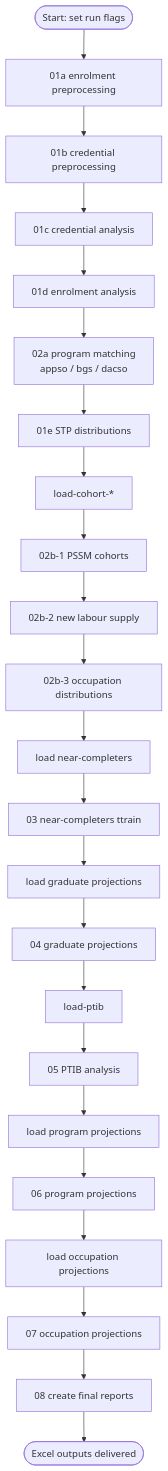
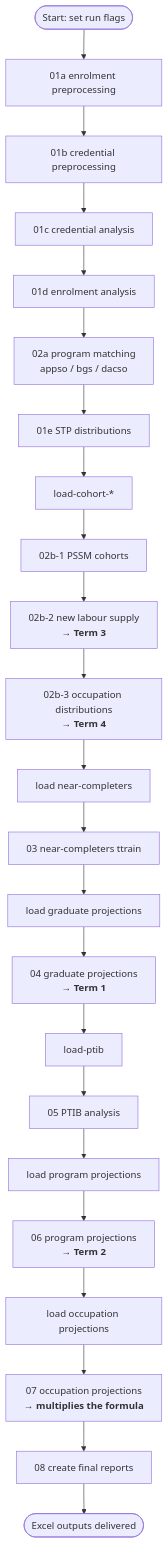
One commit to bcgov/post-secondary-supply-model changed the second of 5 diagrams in docs/project-summary-for-new-analyst.md. Above: the diagram before and after it, drawn with Mermaid. The commit also changed other lines of this file and 1 other file, not shown here.

Commit message:
docs: add new-analyst summary structured around the key OCCSN formula

````diff
--- a/docs/project-summary-for-new-analyst.md
+++ b/docs/project-summary-for-new-analyst.md
@@ -119,32 +135,32 @@
 ```mermaid
 flowchart TD
     Start([Start: set run flags]) --> S01a[01a enrolment preprocessing]
     S01a --> S01b[01b credential preprocessing]
     S01b --> S01c[01c credential analysis]
     S01c --> S01d[01d enrolment analysis]
 
     S01d --> S02a[02a program matching<br/>appso / bgs / dacso]
     S02a --> S01e[01e STP distributions]
     S01e --> L02b[load-cohort-*]
 
     L02b --> S02b1[02b-1 PSSM cohorts]
-    S02b1 --> S02b2[02b-2 new labour supply]
-    S02b2 --> S02b3[02b-3 occupation distributions]
+    S02b1 --> S02b2[02b-2 new labour supply<br/>→ <b>Term 3</b>]
+    S02b2 --> S02b3[02b-3 occupation distributions<br/>→ <b>Term 4</b>]
 
     S02b3 --> LNC[load near-completers]
     LNC --> S03[03 near-completers ttrain]
 
     S03 --> LGP[load graduate projections]
-    LGP --> S04[04 graduate projections]
+    LGP --> S04[04 graduate projections<br/>→ <b>Term 1</b>]
 
     S04 --> LPT[load-ptib]
     LPT --> S05[05 PTIB analysis]
 
     S05 --> LPP[load program projections]
-    LPP --> S06[06 program projections]
+    LPP --> S06[06 program projections<br/>→ <b>Term 2</b>]
 
     S06 --> LOP[load occupation projections]
-    LOP --> S07[07 occupation projections]
+    LOP --> S07[07 occupation projections<br/>→ <b>multiplies the formula</b>]
     S07 --> S08[08 create final reports]
     S08 --> Done([Excel outputs delivered])
 ```
````
